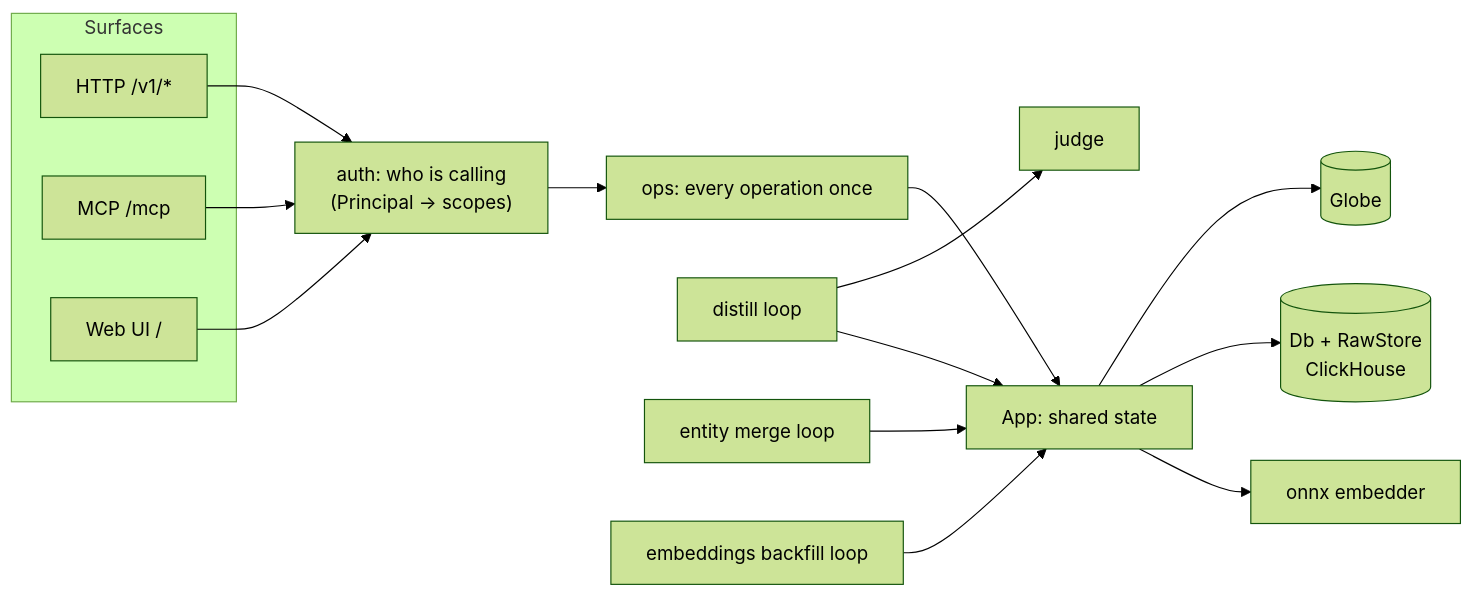
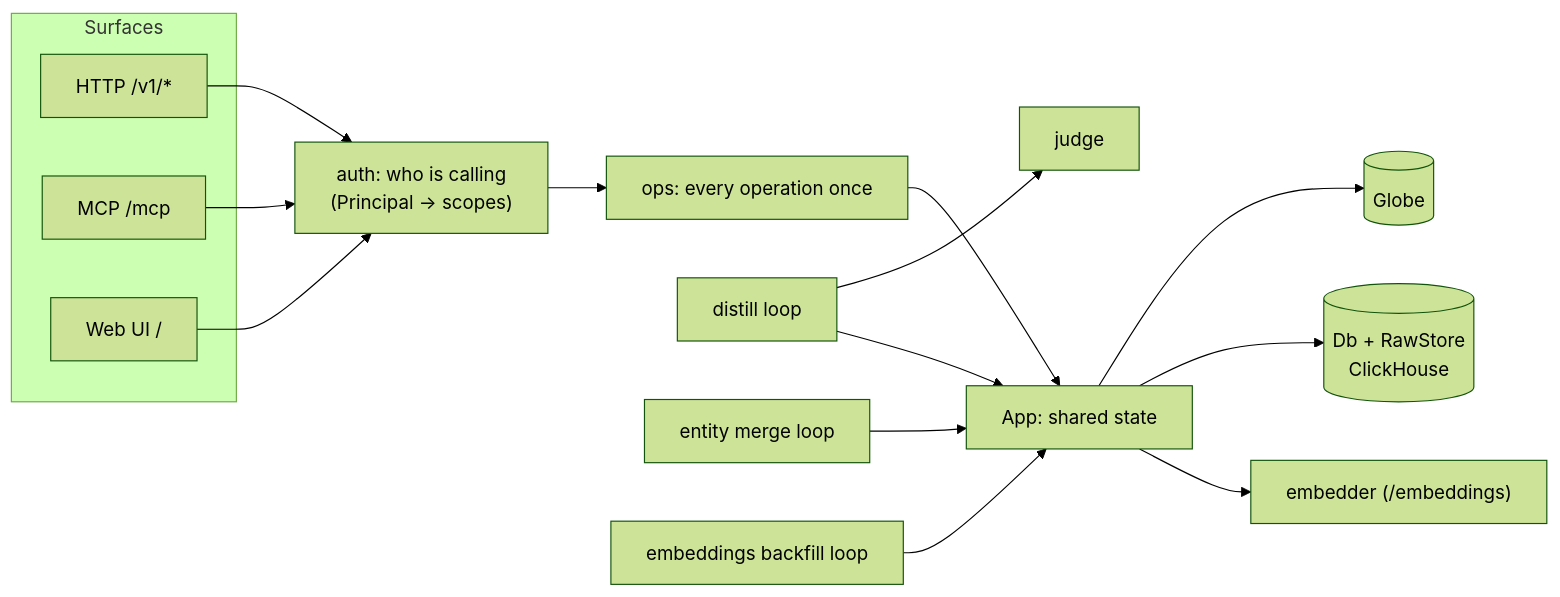
The first of 3 diagrams in docs/architecture.md (mariojcr/mnemo), drawn with Mermaid (forest theme) before and after one commit. The commit also changed other lines of this file and 14 other files, not shown here.

First line of the commit message:
refactor: EmbeddingGemma 2 from an embeddings endpoint, no ONNX Runtime in the image (#9)

````diff
--- a/docs/architecture.md
+++ b/docs/architecture.md
@@ -26,27 +26,27 @@
 ```mermaid
 flowchart LR
     subgraph surfaces["Surfaces"]
         H["HTTP /v1/*"]
         M["MCP /mcp"]
         W["Web UI /"]
     end
     AUTH["auth: who is calling<br/>(Principal → scopes)"]
     OPS["ops: every operation once"]
     APP["App: shared state"]
     GLOBE[("Globe")]
     DIST["distill loop"]
     MERGE["entity merge loop"]
     EMBL["embeddings backfill loop"]
     JUDGE["judge"]
-    ONNX["onnx embedder"]
+    EMB["embedder (/embeddings)"]
     STORE[("Db + RawStore<br/>ClickHouse")]
 
     H & M & W --> AUTH --> OPS --> APP
     APP --> GLOBE
     APP --> STORE
-    APP --> ONNX
+    APP --> EMB
     DIST --> JUDGE
     DIST --> APP
     MERGE --> APP
     EMBL --> APP
 ```
````
